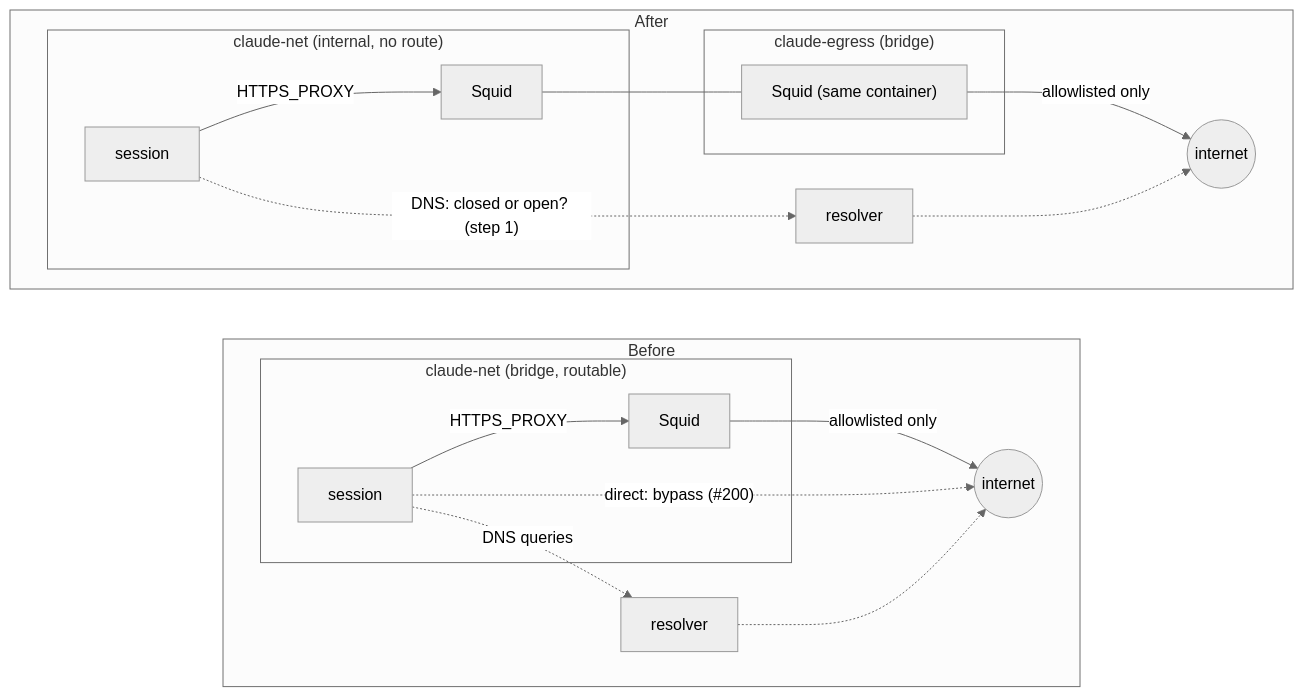
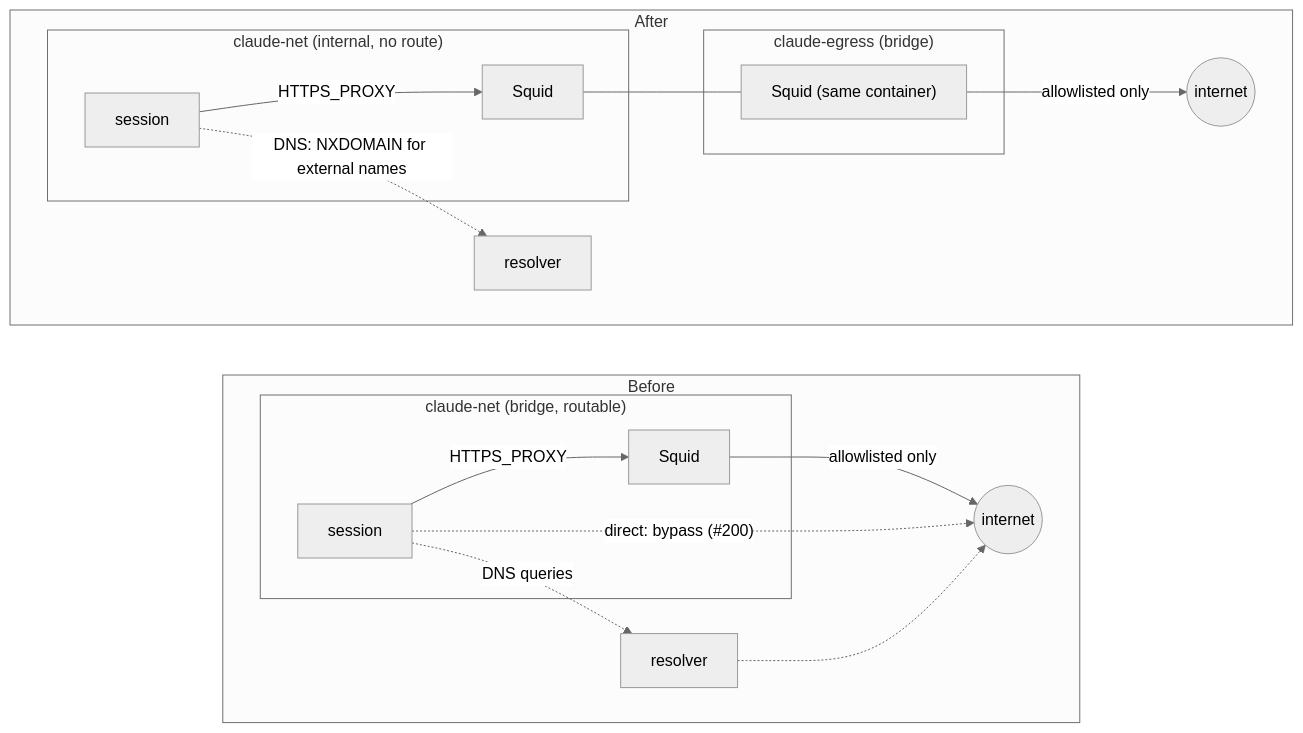
One commit to fer-osorio/claude-sandbox changed the first of 2 diagrams in docs/designs/0200-egress-only-through-the-proxy.md. Above: the diagram before and after it, drawn with Mermaid (neutral theme). The commit also changed other lines of this file, not shown here.

First line of the commit message:
docs: record the egress spike and settle DNS (#200)

````diff
--- a/docs/designs/0200-egress-only-through-the-proxy.md
+++ b/docs/designs/0200-egress-only-through-the-proxy.md
@@ -37,34 +36,33 @@
 ```mermaid
 flowchart LR
     subgraph before["Before"]
         direction LR
         subgraph bnet["claude-net (bridge, routable)"]
             bs["session"]
             bp["Squid"]
         end
         bdns["resolver"]
         bi(("internet"))
         bs -- "HTTPS_PROXY" --> bp
         bp -- "allowlisted only" --> bi
         bs -. "direct: bypass (#200)" .-> bi
         bs -. "DNS queries" .-> bdns
         bdns -.-> bi
     end
     subgraph after["After"]
         direction LR
         subgraph anet["claude-net (internal, no route)"]
             as["session"]
             ap["Squid"]
         end
         subgraph enet["claude-egress (bridge)"]
             ap2["Squid (same container)"]
         end
         adns["resolver"]
         ai(("internet"))
         as -- "HTTPS_PROXY" --> ap
         ap --- ap2
         ap2 -- "allowlisted only" --> ai
-        as -. "DNS: closed or open? (step 1)" .-> adns
-        adns -.-> ai
+        as -. "DNS: NXDOMAIN for external names" .-> adns
     end
 ```
````
